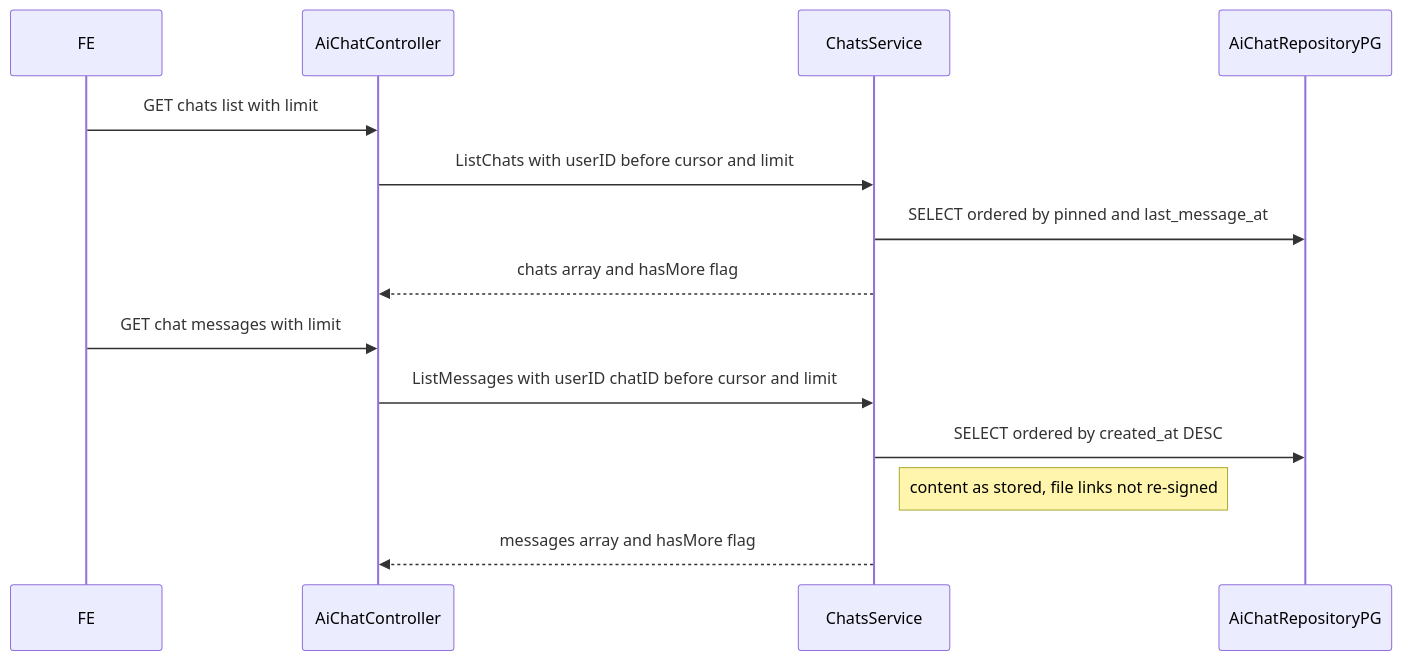
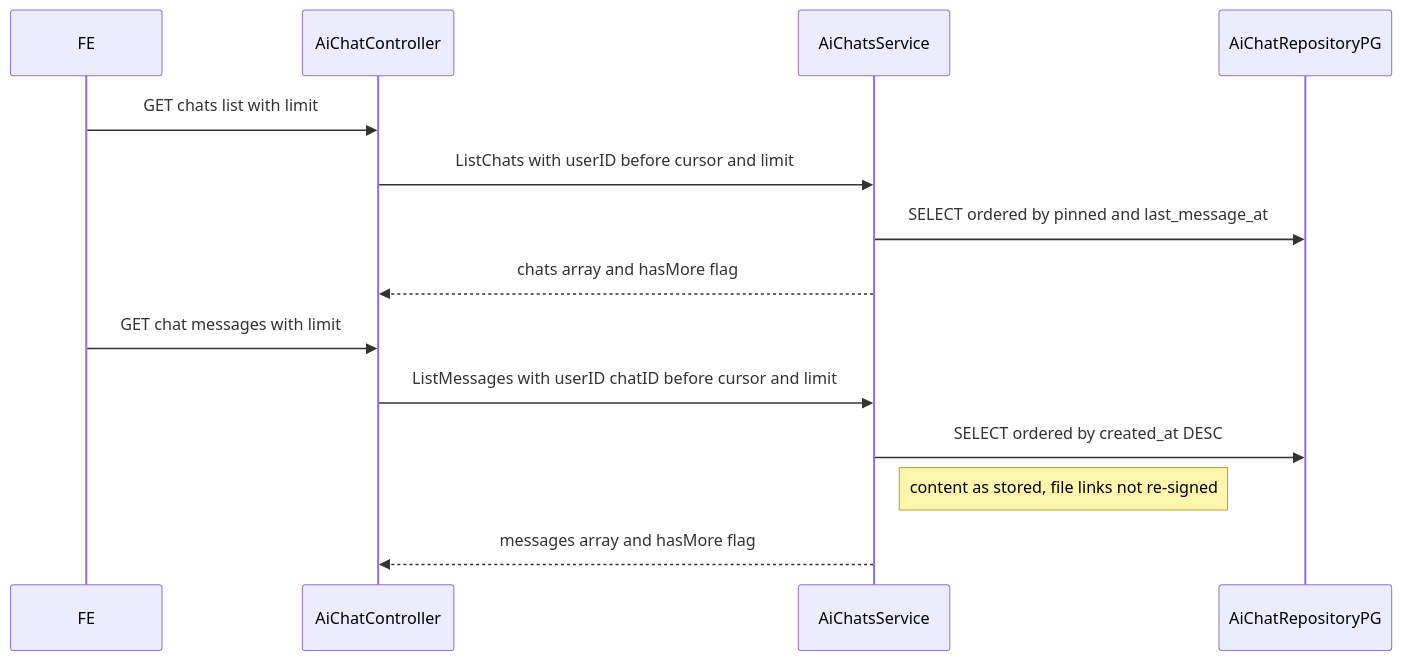
Before and after one commit to Netcracker/qubership-apihub-backend: the second of 3 diagrams in docs/feature_design/ai_assistant/feature-ai-chat-design.md, drawn with Mermaid. The commit also changed other lines of this file and 32 other files, not shown here.

````diff
--- a/docs/feature_design/ai_assistant/feature-ai-chat-design.md
+++ b/docs/feature_design/ai_assistant/feature-ai-chat-design.md
@@ -151,18 +175,18 @@
 ```mermaid
 sequenceDiagram
     participant FE
     participant Ctrl as AiChatController
-    participant Chats as ChatsService
+    participant Chats as AiChatsService
     participant Repo as AiChatRepositoryPG
 
     FE->>Ctrl: GET chats list with limit
     Ctrl->>Chats: ListChats with userID before cursor and limit
     Chats->>Repo: SELECT ordered by pinned and last_message_at
     Chats-->>Ctrl: chats array and hasMore flag
 
     FE->>Ctrl: GET chat messages with limit
     Ctrl->>Chats: ListMessages with userID chatID before cursor and limit
     Chats->>Repo: SELECT ordered by created_at DESC
     note right of Chats: content as stored, file links not re-signed
     Chats-->>Ctrl: messages array and hasMore flag
 ```
````
